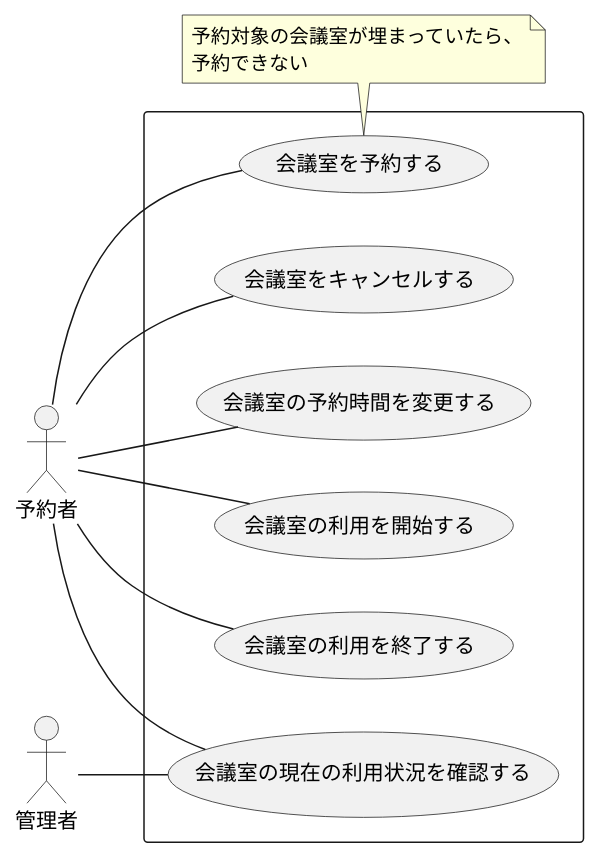
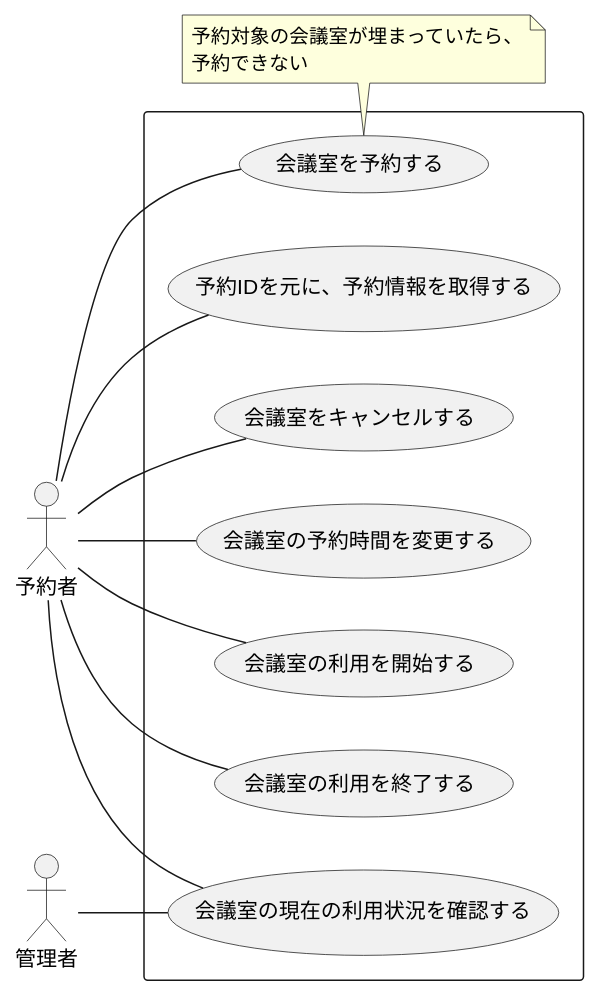
Before and after one commit to jnuank/meeting-room: the diagram in diagram/usecase.pu, drawn with PlantUML. The commit also changed 6 other files, not shown here.

```diff
--- a/diagram/usecase.pu
+++ b/diagram/usecase.pu
@@ -1,20 +1,21 @@
 @startuml
 left to right direction
 
 actor 予約者
 actor 管理者
 rectangle  {
     予約者 -- (会議室を予約する)
+    予約者 -- (予約IDを元に、予約情報を取得する)
     予約者 -- (会議室をキャンセルする)
     予約者 -- (会議室の予約時間を変更する)
     予約者 -- (会議室の利用を開始する)
     予約者 -- (会議室の利用を終了する)
     管理者 -- (会議室の現在の利用状況を確認する)
     予約者 -- (会議室の現在の利用状況を確認する)
 }
 
 note bottom of (会議室を予約する)
 予約対象の会議室が埋まっていたら、
 予約できない
 end note
 @enduml
```
